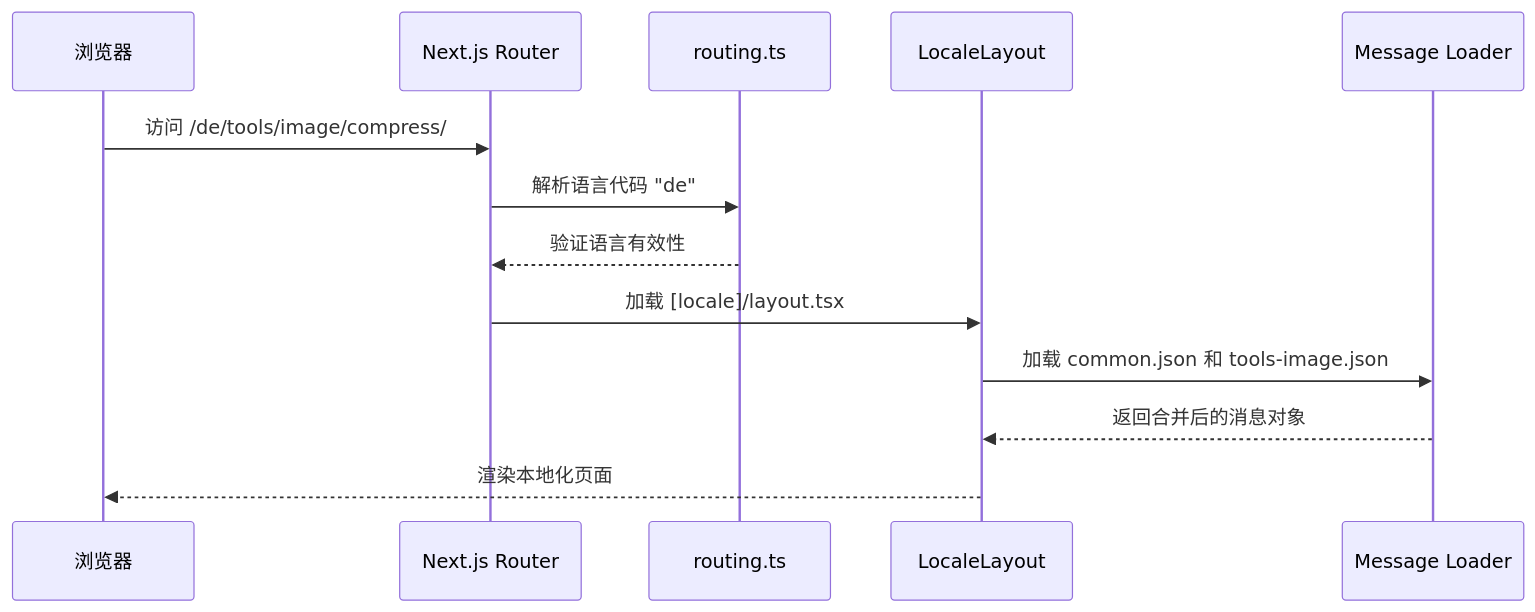
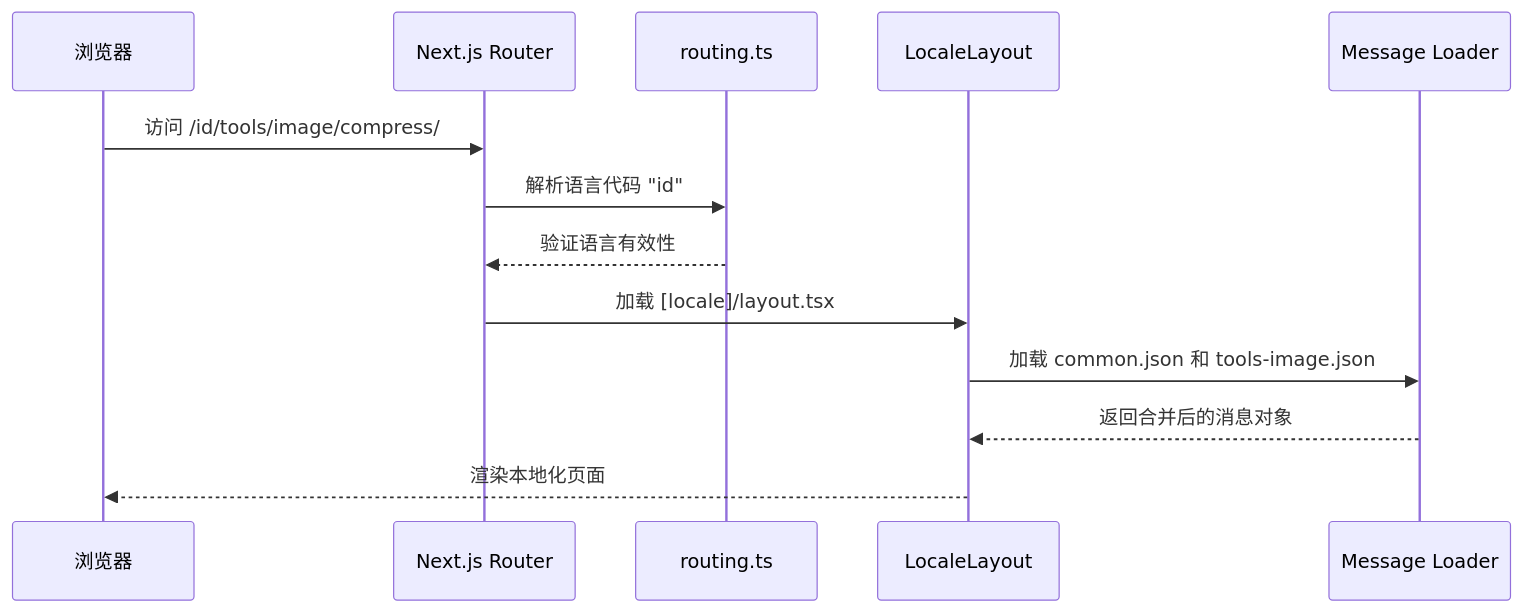
One commit to sgyy/privadeck changed the sixth of 12 diagrams in .qoder/repowiki/zh/content/国际化实现/国际化实现.md. Above: the diagram before and after it, drawn with Mermaid. The commit also changed other lines of this file and 5 other files, not shown here.

````diff
--- a/.qoder/repowiki/zh/content/国际化实现/国际化实现.md
+++ b/.qoder/repowiki/zh/content/国际化实现/国际化实现.md
@@ -293,15 +306,15 @@
 ```mermaid
 sequenceDiagram
 participant Browser as 浏览器
 participant Router as Next.js Router
 participant Config as routing.ts
 participant Layout as LocaleLayout
 participant Messages as Message Loader
-Browser->>Router : 访问 /de/tools/image/compress/
-Router->>Config : 解析语言代码 "de"
+Browser->>Router : 访问 /id/tools/image/compress/
+Router->>Config : 解析语言代码 "id"
 Config-->>Router : 验证语言有效性
 Router->>Layout : 加载 [locale]/layout.tsx
 Layout->>Messages : 加载 common.json 和 tools-image.json
 Messages-->>Layout : 返回合并后的消息对象
 Layout-->>Browser : 渲染本地化页面
 ```
````
